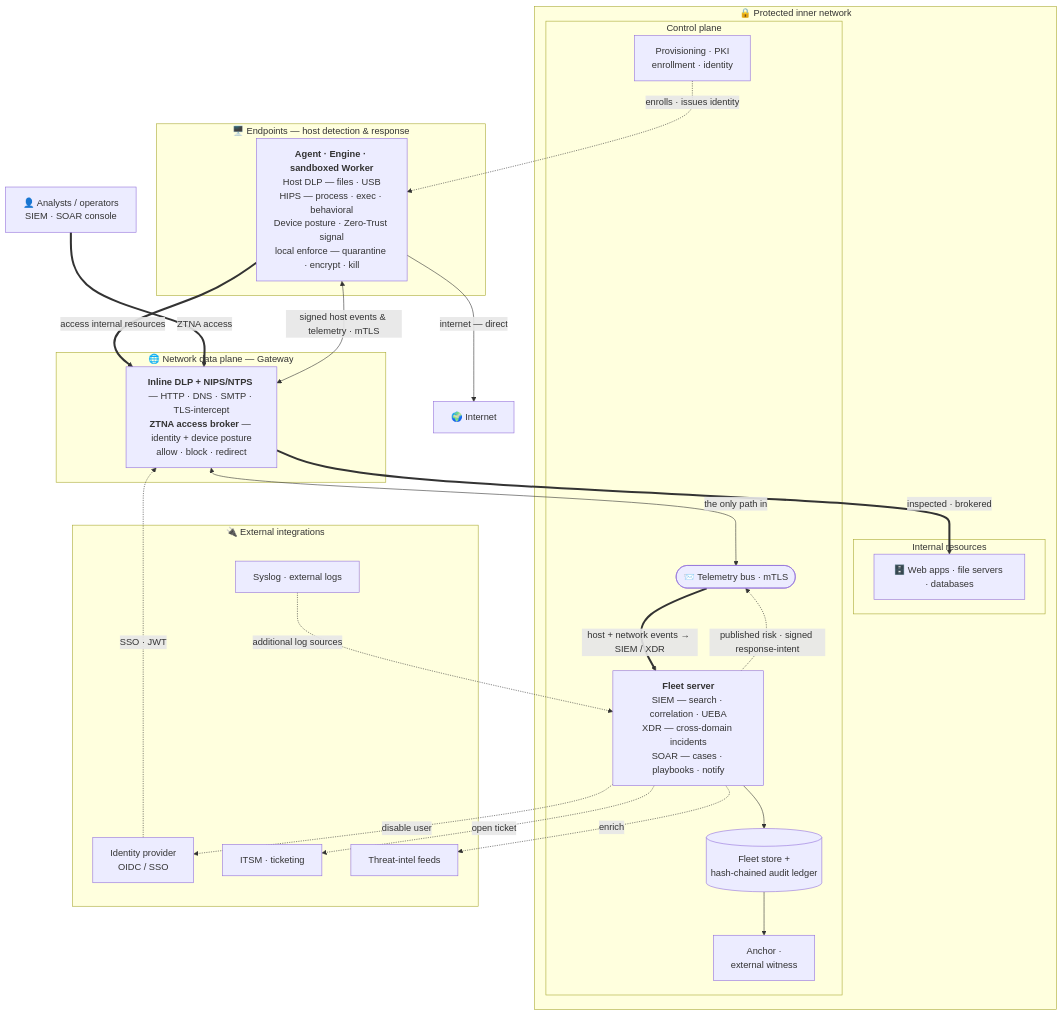
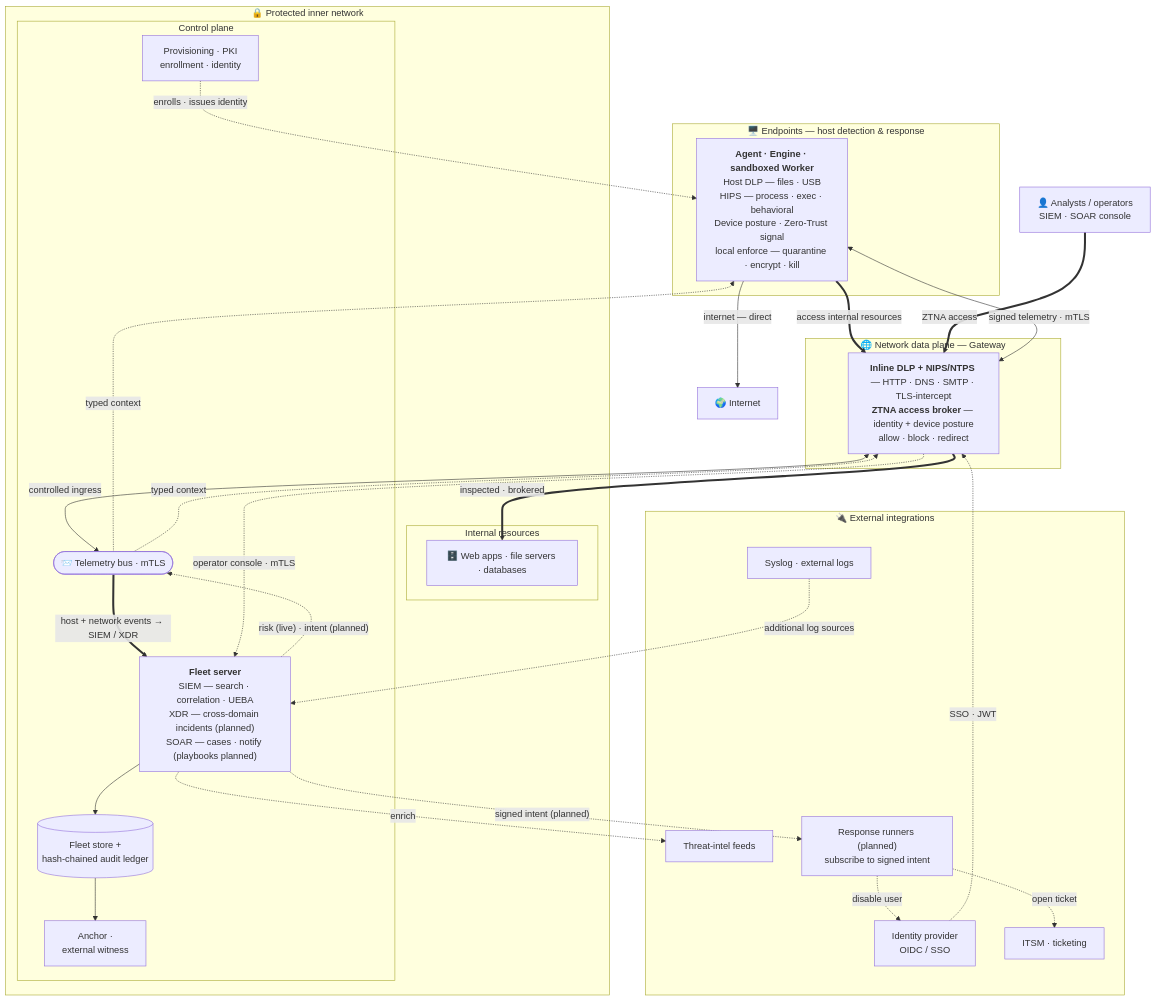
The second of 2 diagrams in README.md (lucianoengel/openshield), drawn with Mermaid before and after one commit. The commit also changed other lines of this file, not shown here.

Commit message:
docs(readme): apply Fable review — fix topology defects & honesty flags
Topology diagram (A2-A5): the control plane no longer actuates IdP/ITSM
directly (contradicted the "control plane cannot actuate" claim) — a
planned response-runner node now subscribes to the signed intent stream;
the risk/response feedback loop now visibly reaches HOST and GW; the
operator path now completes to the server console; "the only path in"
softened to "controlled ingress" (external logs / PKI don't traverse it).

Honesty (B1-B2): drop the unbuilt "contain" verb from the Enforce node;
mark playbooks, cross-domain XDR, and signed response-intent "(planned)"
in both diagrams so nothing unbuilt reads as shipping.

Polish: gateway "inline DLP" not "egress DLP" (matches the diagram);
agent "deferred (needs CAP_SYS_ADMIN)" not the internal "Phase 2" term;
observe-e2e.sh links to the file; ASCII pipeline shows the 6 core stages
with investigate/analyze/respond marked as above-the-pipeline layers.
Added a caption noting dashed = planned.

Claude-Session: https://claude.ai/code/session_01Gje3Gh3QBxvn862Z6gHi7Q

````diff
--- a/README.md
+++ b/README.md
@@ -123,57 +123,62 @@
 ```mermaid
 flowchart TB
   INET["🌍 Internet"]
 
   subgraph EP["🖥️ Endpoints — host detection &amp; response"]
     HOST["<b>Agent · Engine · sandboxed Worker</b><br/>Host DLP — files · USB<br/>HIPS — process · exec · behavioral<br/>Device posture · Zero-Trust signal<br/>local enforce — quarantine · encrypt · kill"]
   end
 
   subgraph NETP["🌐 Network data plane — Gateway"]
     GW["<b>Inline DLP + NIPS/NTPS</b> — HTTP · DNS · SMTP · TLS-intercept<br/><b>ZTNA access broker</b> — identity + device posture<br/>allow · block · redirect"]
   end
 
   subgraph INNER["🔒 Protected inner network"]
     subgraph RES["Internal resources"]
       APPS["🗄️ Web apps · file servers · databases"]
     end
     subgraph CP["Control plane"]
       BUS(["📨 Telemetry bus · mTLS"])
-      SRV["<b>Fleet server</b><br/>SIEM — search · correlation · UEBA<br/>XDR — cross-domain incidents<br/>SOAR — cases · playbooks · notify"]
+      SRV["<b>Fleet server</b><br/>SIEM — search · correlation · UEBA<br/>XDR — cross-domain incidents (planned)<br/>SOAR — cases · notify (playbooks planned)"]
       LED[("Fleet store +<br/>hash-chained audit ledger")]
       PKI["Provisioning · PKI<br/>enrollment · identity"]
       ANC["Anchor ·<br/>external witness"]
     end
   end
 
   OPS["👤 Analysts / operators<br/>SIEM · SOAR console"]
 
   subgraph EXT["🔌 External integrations"]
     IDP["Identity provider<br/>OIDC / SSO"]
     ITSM["ITSM · ticketing"]
     TI["Threat-intel feeds"]
     LOGS["Syslog · external logs"]
+    RUN["Response runners (planned)<br/>subscribe to signed intent"]
   end
 
   %% data plane — user access
   HOST -->|"internet — direct"| INET
   HOST ==>|"access internal resources"| GW
   GW ==>|"inspected · brokered"| APPS
   OPS ==>|"ZTNA access"| GW
 
   %% management plane — signed events into the inner network (the SIEM/XDR feed)
-  HOST <-->|"signed host events &amp; telemetry · mTLS"| GW
-  GW <-->|"the only path in"| BUS
+  HOST <-->|"signed telemetry · mTLS"| GW
+  GW <-->|"controlled ingress"| BUS
   BUS ==>|"host + network events → SIEM / XDR"| SRV
   SRV --> LED --> ANC
+  GW -.->|"operator console · mTLS"| SRV
 
   %% identity / zero trust
   PKI -.->|"enrolls · issues identity"| HOST
   IDP -.->|"SSO · JWT"| GW
   LOGS -.->|"additional log sources"| SRV
 
-  %% coordinated response — XDR / SOAR feedback
-  SRV -.->|"published risk · signed response-intent"| BUS
+  %% coordinated response — risk (live) + response-intent (planned) back to every enforcement point
+  SRV -.->|"risk (live) · intent (planned)"| BUS
+  BUS -.->|"typed context"| HOST
+  BUS -.->|"typed context"| GW
   SRV -.->|"enrich"| TI
-  SRV -.->|"disable user"| IDP
-  SRV -.->|"open ticket"| ITSM
+  SRV -.->|"signed intent (planned)"| RUN
+  RUN -.->|"disable user"| IDP
+  RUN -.->|"open ticket"| ITSM
 ```
````
